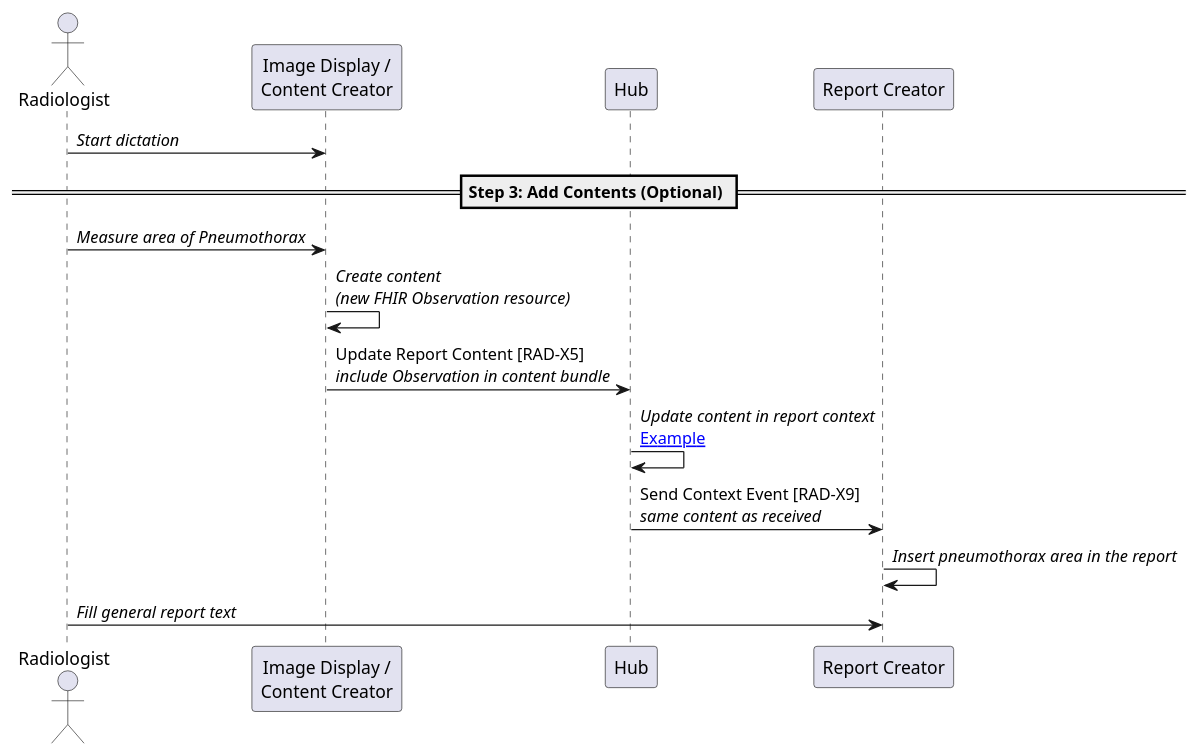
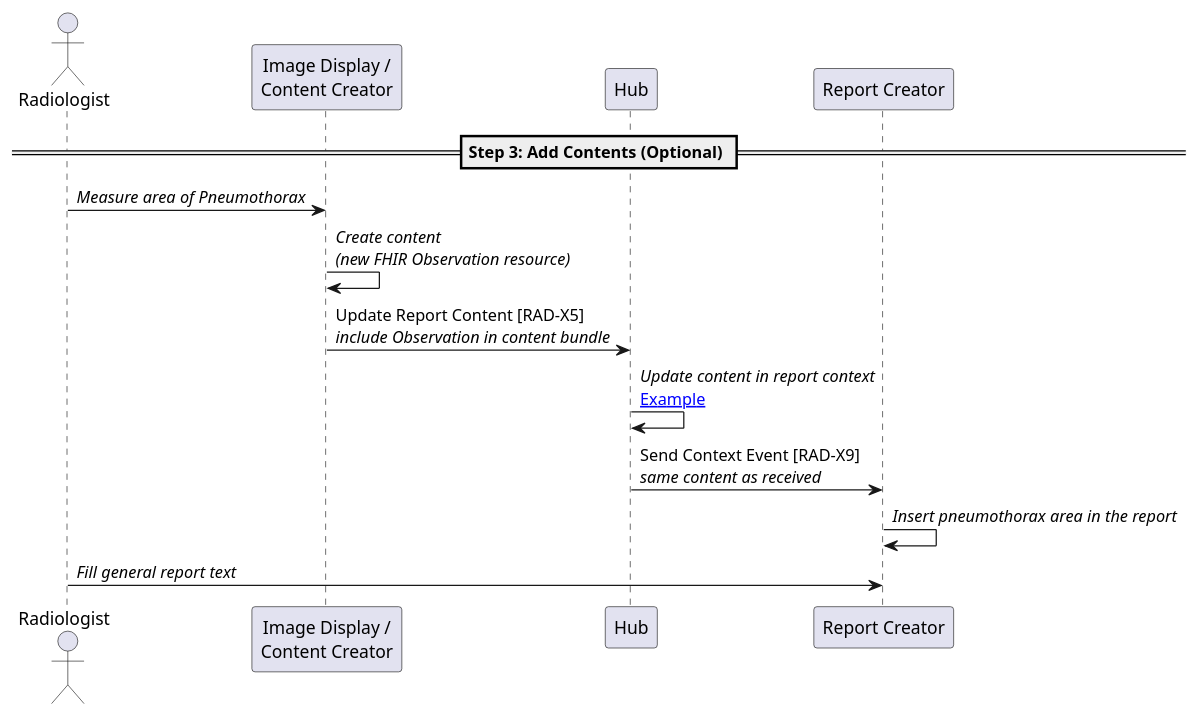
Before and after one commit to IHE/RAD.IRA: the diagram in input/images-source/step3-add-measurements.plantuml, drawn with PlantUML.

Commit message:
Removed start dictation step before Step 3 begin.

```diff
--- a/input/images-source/step3-add-measurements.plantuml
+++ b/input/images-source/step3-add-measurements.plantuml
@@ -1,23 +1,21 @@
 @startuml
 
 actor Radiologist as User
 participant "Image Display /\nContent Creator" as PACS
 participant "Hub" as Hub
 participant "Report Creator" as Report
-
-User->PACS: //Start dictation//
 
 == Step 3: Add Contents (Optional) ==
 
 User->PACS: //Measure area of Pneumothorax//
 
 PACS->PACS: //Create content//\n//(new FHIR Observation resource)//
 
 PACS->Hub: Update Report Content [RAD-X5]\n//include Observation in content bundle//
 Hub->Hub: //Update content in report context//\n[[update_study_with_measurement.html#available-context-and-content-in-hub Example]]
 Hub->Report: Send Context Event [RAD-X9]\n//same content as received//
 Report->Report: //Insert pneumothorax area in the report//
 
 User->Report: //Fill general report text//
 
 @enduml
```
